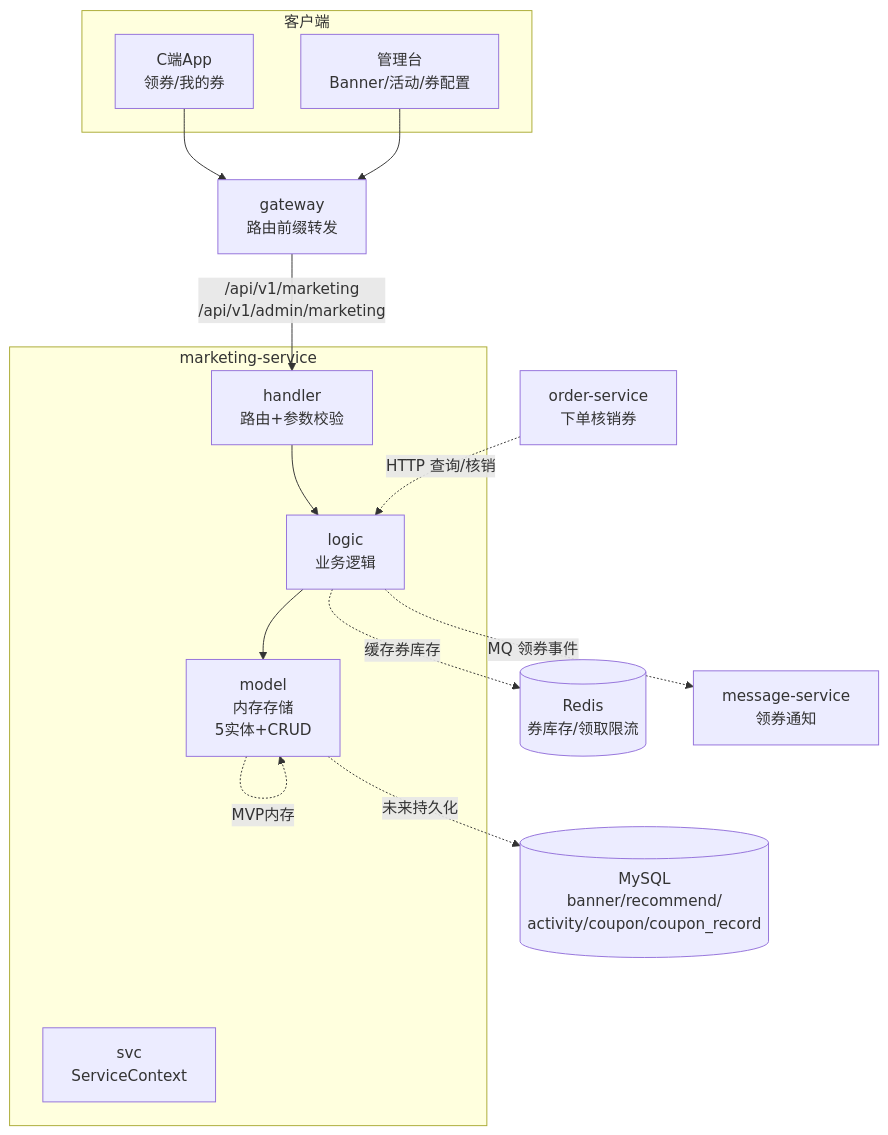
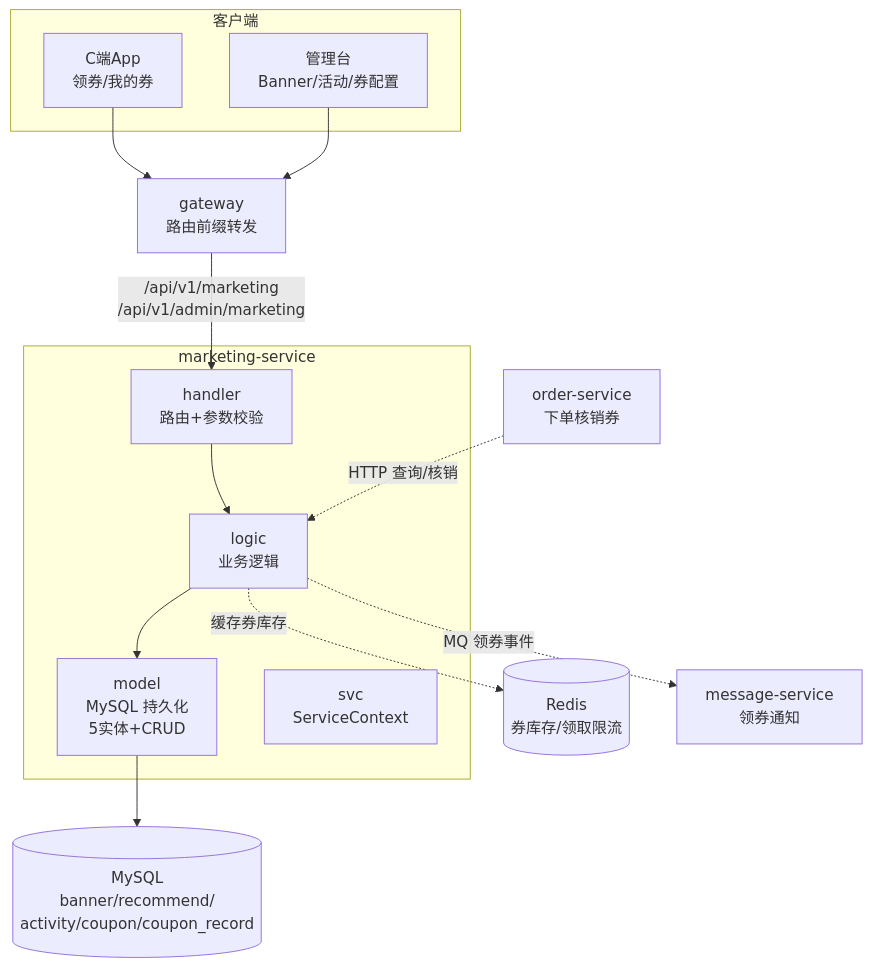
The diagram in docs/architecture/services/营销服务.md (askxuan-dongfang/askxuan-docs), drawn with Mermaid before and after one commit. The commit also changed other lines of this file and 11 other files, not shown here.

````diff
--- a/docs/architecture/services/营销服务.md
+++ b/docs/architecture/services/营销服务.md
@@ -26,31 +26,30 @@
 ```mermaid
 graph TB
     subgraph 客户端
         C1[C端App<br/>领券/我的券]
         C2[管理台<br/>Banner/活动/券配置]
     end
 
     subgraph marketing-service
         HANDLER[handler<br/>路由+参数校验]
         LOGIC[logic<br/>业务逻辑]
-        MODEL[model<br/>内存存储<br/>5实体+CRUD]
+        MODEL[model<br/>MySQL 持久化<br/>5实体+CRUD]
         SVC[svc<br/>ServiceContext]
     end
 
     GW[gateway<br/>路由前缀转发]
     DB[(MySQL<br/>banner/recommend/<br/>activity/coupon/coupon_record)]
     REDIS[(Redis<br/>券库存/领取限流)]
     ORD[order-service<br/>下单核销券]
     MSG[message-service<br/>领券通知]
 
     C1 --> GW
     C2 --> GW
     GW -->|/api/v1/marketing<br/>/api/v1/admin/marketing| HANDLER
     HANDLER --> LOGIC
     LOGIC --> MODEL
-    MODEL -.MVP内存.-> MODEL
-    MODEL -.未来持久化.-> DB
+    MODEL --> DB
     LOGIC -.缓存券库存.-> REDIS
     ORD -.HTTP 查询/核销.-> LOGIC
     LOGIC -.MQ 领券事件.-> MSG
 ```
````
